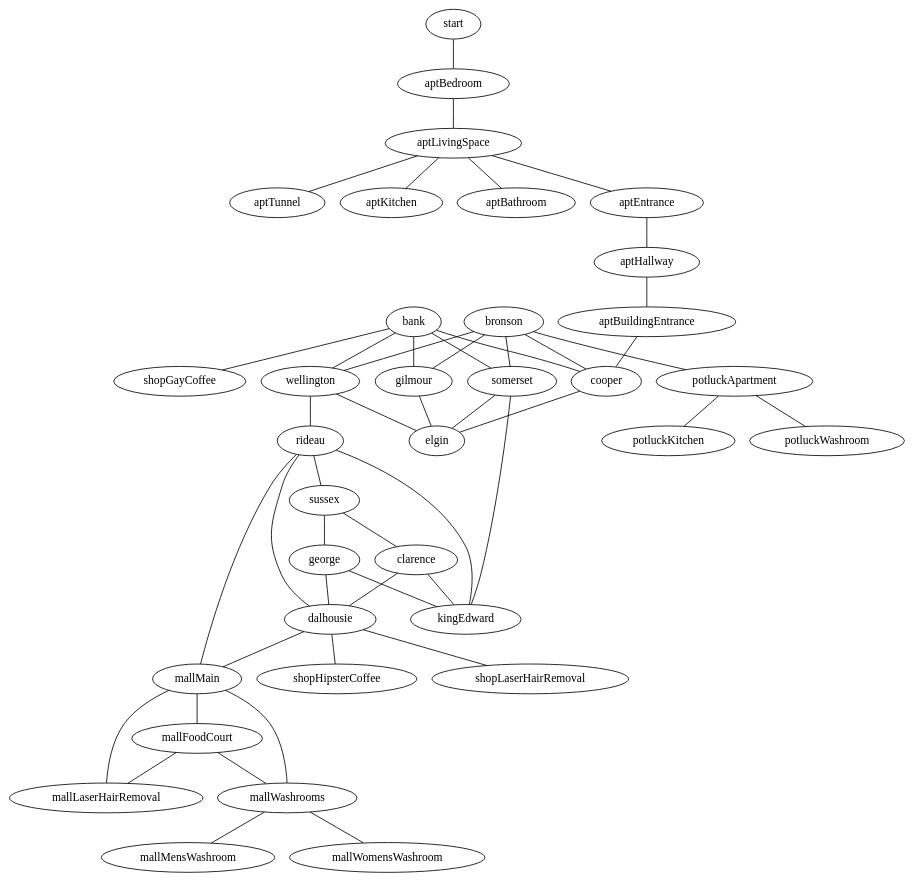
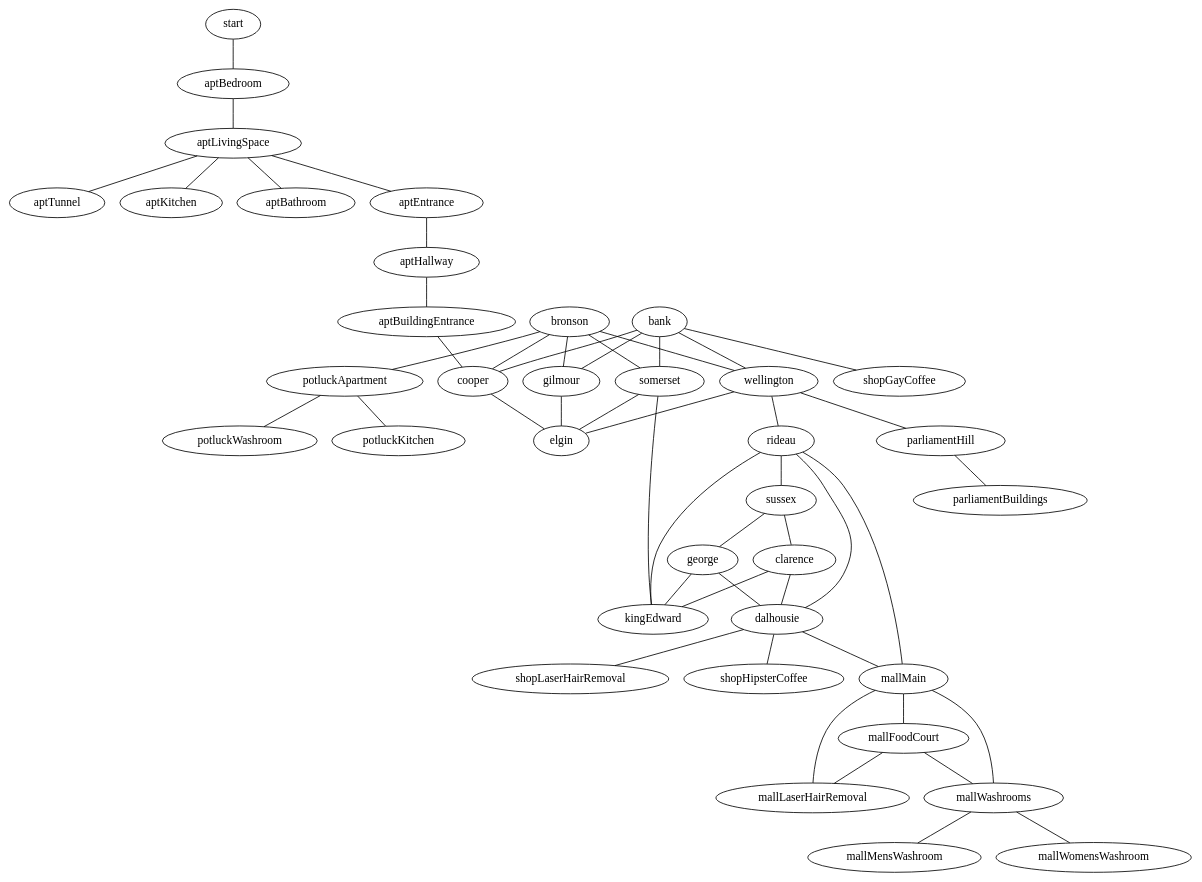
One commit to maelys-mcardle/adventure changed the diagram in examples/ottawa/entities/world/values.dot. Above: the diagram before and after it, drawn with Graphviz. The commit also changed 1 other file, not shown here.

Commit message:
Added parliament.

```diff
--- a/examples/ottawa/entities/world/values.dot
+++ b/examples/ottawa/entities/world/values.dot
@@ -1,63 +1,67 @@
 graph location {
 
   start -- aptBedroom
 
   subgraph streets {
     bank -- wellington -- elgin
     bank -- cooper -- elgin
     bank -- somerset -- elgin
     bank -- gilmour -- elgin
 
     bronson -- wellington
     bronson -- cooper
     bronson -- somerset
     bronson -- gilmour   
 
     wellington -- rideau
 
     rideau -- sussex
     rideau -- dalhousie
     rideau -- kingEdward
 
     sussex -- george -- dalhousie
     sussex -- clarence -- dalhousie
     somerset -- kingEdward
     george -- kingEdward
     clarence -- kingEdward
   }
 
   subgraph apartment {
     aptBedroom -- aptLivingSpace -- aptTunnel
     aptLivingSpace -- aptKitchen
     aptLivingSpace -- aptBathroom
     aptLivingSpace -- aptEntrance -- aptHallway 
     aptHallway -- aptBuildingEntrance -- cooper
   }
 
   subgraph shops {
     bank -- shopGayCoffee
     dalhousie -- shopLaserHairRemoval
     dalhousie -- shopHipsterCoffee
   }
 
   subgraph mall {
     rideau -- mallMain 
     dalhousie -- mallMain
 
     mallMain -- mallFoodCourt
     mallMain -- mallLaserHairRemoval
     mallMain -- mallWashrooms
     mallFoodCourt -- mallLaserHairRemoval
     mallFoodCourt -- mallWashrooms
 
     mallWashrooms -- mallMensWashroom
     mallWashrooms -- mallWomensWashroom
   }
 
   subgraph potluck {
     bronson -- potluckApartment
-
     potluckApartment -- potluckWashroom
     potluckApartment -- potluckKitchen
   }
+
+  subgraph parliament {
+    wellington -- parliamentHill
+    parliamentHill -- parliamentBuildings
+  }
 }
```
